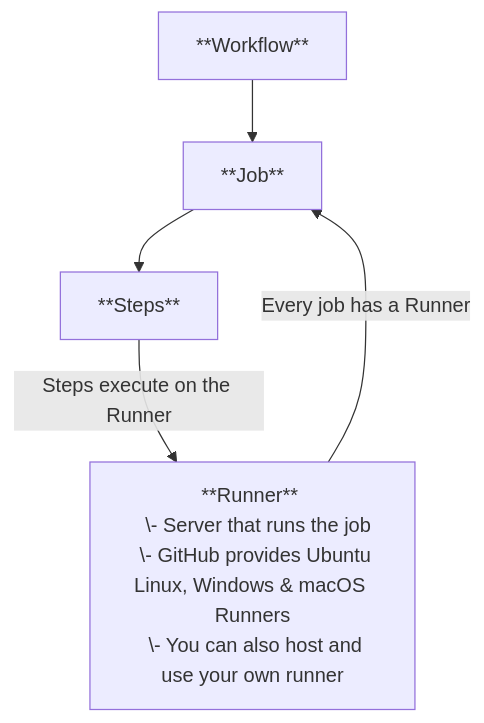
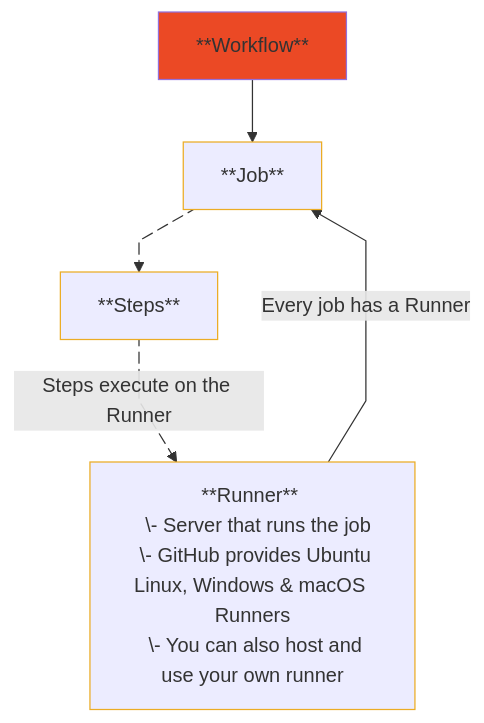
One commit to rtdevx/rtdevx.github.io changed the second of 2 diagrams in content/posts/training/GitHub/2025-github-actions/03-fundamentals/index.md. Above: the diagram before and after it, drawn with Mermaid.

Commit message:
Obsidian sync: 2025-12-09 11:08:13

```diff
--- a/content/posts/training/GitHub/2025-github-actions/03-fundamentals/index.md
+++ b/content/posts/training/GitHub/2025-github-actions/03-fundamentals/index.md
@@ -182,12 +182,23 @@
 {{< mermaid >}}
 flowchart TD
-  A[**Workflow**] --> B[**Job**]
-  B --> C[**Steps**]
-  C -->|Steps execute on the Runner| D[
+
+classDef redclass fill:#EB4925
+classDef yellowclass stroke:#EBAC25
+classDef greenclass stroke:#C7EB25
+
+  A[**Workflow**]:::redclass a1@--> B[**Job**]:::yellowclass
+  a1@{ curve: linear }
+  B b1@--> C[**Steps**]:::yellowclass
+  b1@{ curve: linear }
+  b1@{ animate: true }  
+  C c1@-->|Steps execute on the Runner| D[
   **Runner** 
   \- Server that runs the job
   \- GitHub provides Ubuntu Linux, Windows & macOS Runners
   \- You can also host and use your own runner
-  ]
-  D -->|Every job has a Runner| B[**Job**]
+  ]:::yellowclass
+  c1@{ curve: linear }
+  c1@{ animate: true }  
+  D d1@-->|Every job has a Runner| B[**Job**]
+  d1@{ curve: linear }
 {{< /mermaid >}}
```
